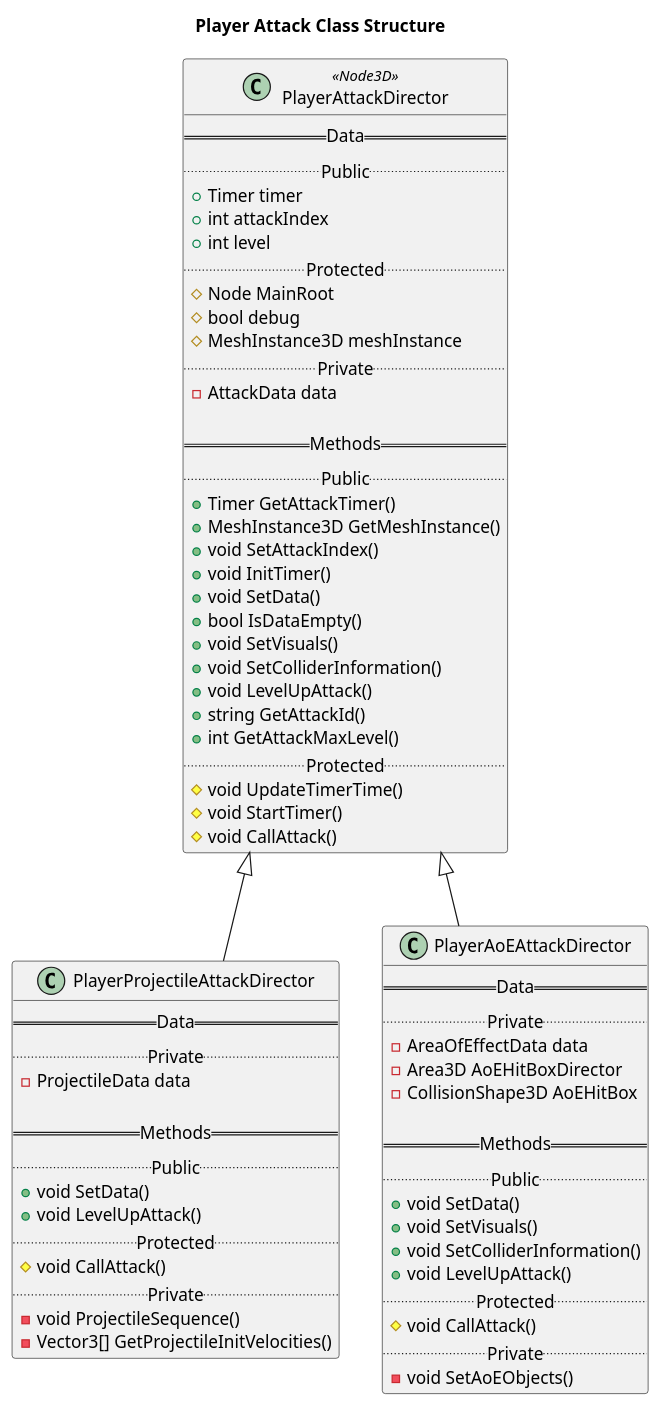
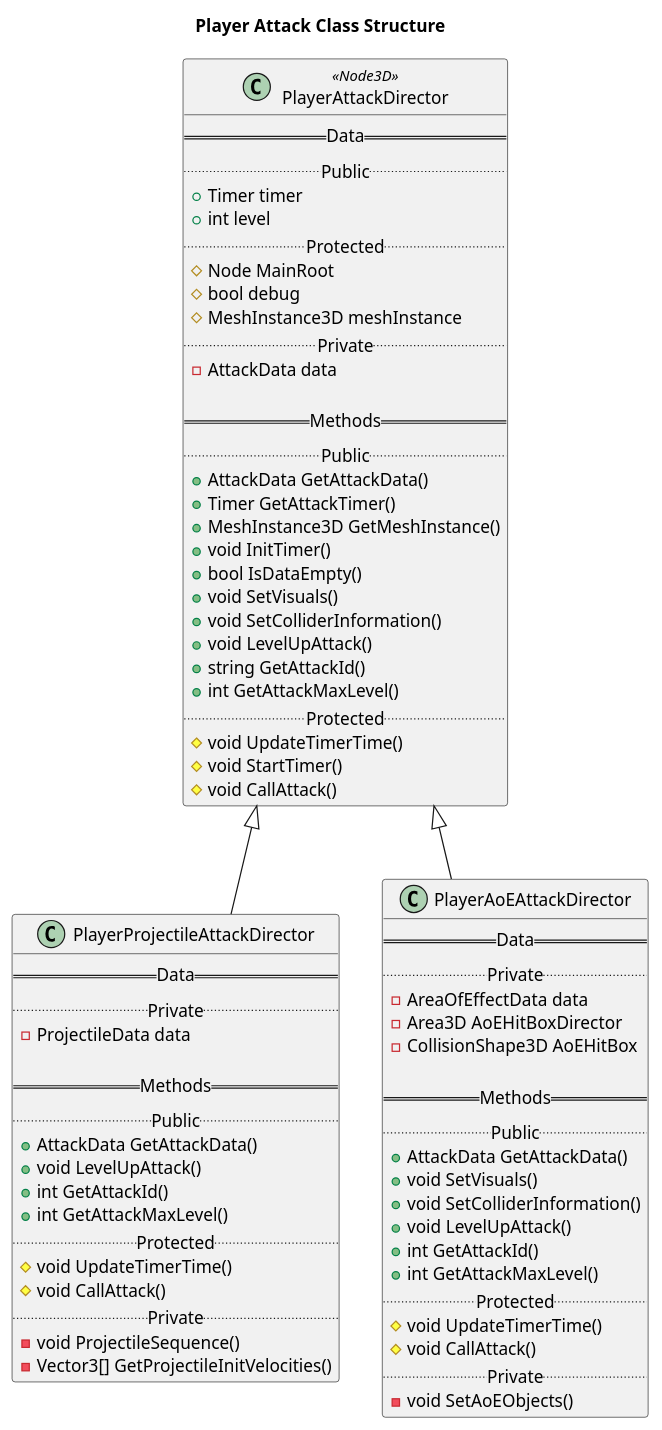
Before and after one commit to kjtkanaly/Roguelike-Shoot-Em-Up: the diagram in UML-Diagrams/src/Player_Attack_Class_Struct.puml, drawn with PlantUML. The commit also changed 3 other files, not shown here.

Commit message:
Updated the player attack dir classes' diagrams

```diff
--- a/UML-Diagrams/src/Player_Attack_Class_Struct.puml
+++ b/UML-Diagrams/src/Player_Attack_Class_Struct.puml
@@ -1,75 +1,79 @@
 @startuml Player Attack Class Structure
 
 title Player Attack Class Structure
 
 class PlayerAttackDirector <<Node3D>>{
     == Data ==
     .. Public ..
     + Timer timer
-    + int attackIndex
     + int level
     .. Protected ..
     # Node MainRoot
     # bool debug
     # MeshInstance3D meshInstance
     .. Private ..
     - AttackData data
 
     == Methods ==
     .. Public ..
+    + AttackData GetAttackData()
     + Timer GetAttackTimer()
     + MeshInstance3D GetMeshInstance()
-    + void SetAttackIndex()
     + void InitTimer()
-    + void SetData()
     + bool IsDataEmpty()
     + void SetVisuals()
     + void SetColliderInformation()
     + void LevelUpAttack()
     + string GetAttackId()
     + int GetAttackMaxLevel()
     .. Protected ..
     # void UpdateTimerTime()
     # void StartTimer()
     # void CallAttack()
 }
 
 class PlayerProjectileAttackDirector {
     == Data ==
     .. Private ..
     - ProjectileData data
 
     == Methods ==
     .. Public ..
-    + void SetData()
+    + AttackData GetAttackData()
     + void LevelUpAttack()
+    + int GetAttackId()
+    + int GetAttackMaxLevel()
     .. Protected ..
+    # void UpdateTimerTime()
     # void CallAttack()
     .. Private ..
     - void ProjectileSequence()
     - Vector3[] GetProjectileInitVelocities()
 }
 
 class PlayerAoEAttackDirector {
     == Data ==
     .. Private ..
     - AreaOfEffectData data
     - Area3D AoEHitBoxDirector
     - CollisionShape3D AoEHitBox
 
     == Methods ==
     .. Public ..
-    + void SetData()
+    + AttackData GetAttackData()
     + void SetVisuals()
     + void SetColliderInformation()
     + void LevelUpAttack()
+    + int GetAttackId()
+    + int GetAttackMaxLevel()
     .. Protected ..
+    # void UpdateTimerTime()
     # void CallAttack()
     .. Private ..
     - void SetAoEObjects()
 }
 
 PlayerAttackDirector <|-- PlayerProjectileAttackDirector
 PlayerAttackDirector <|-- PlayerAoEAttackDirector
 
 @enduml
```
